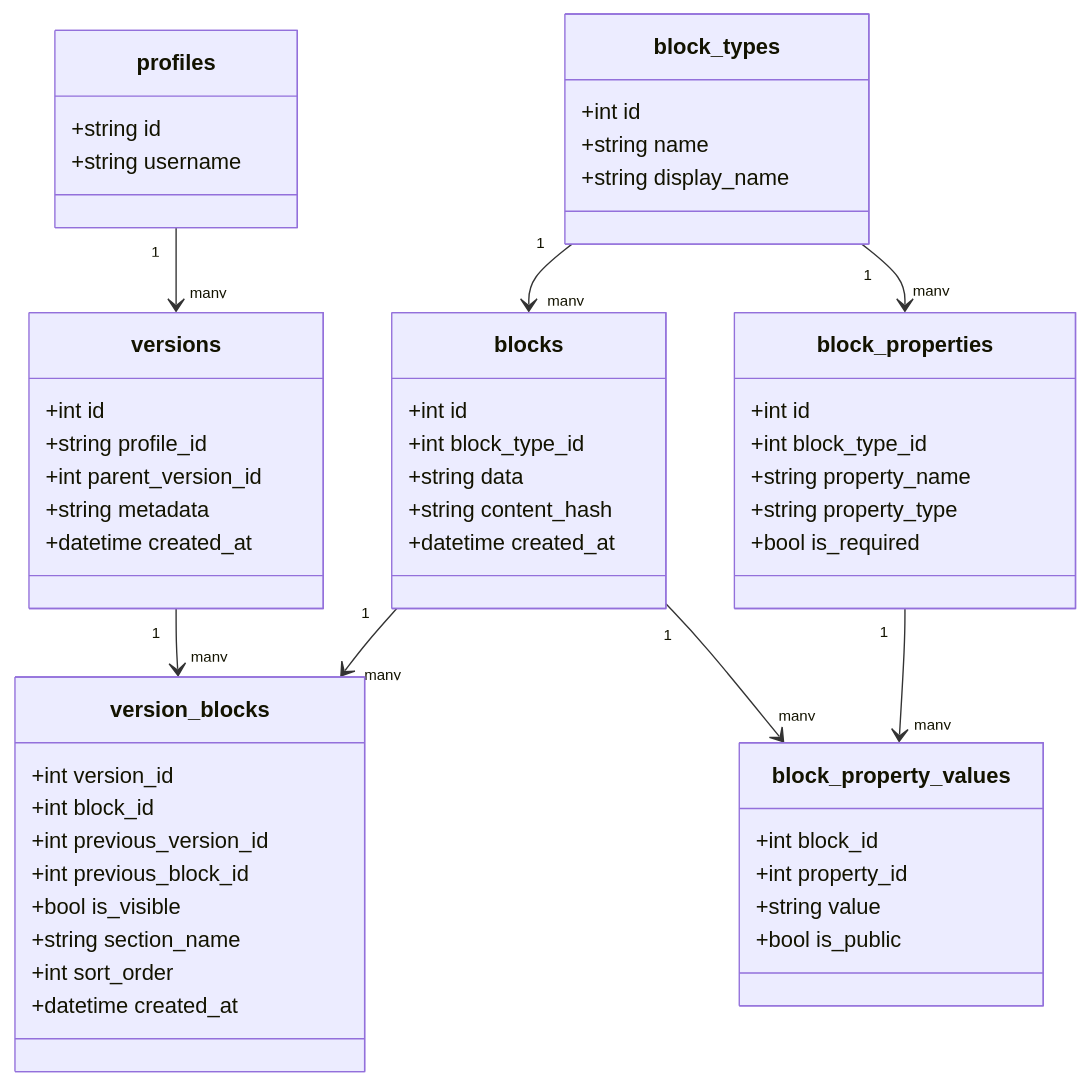
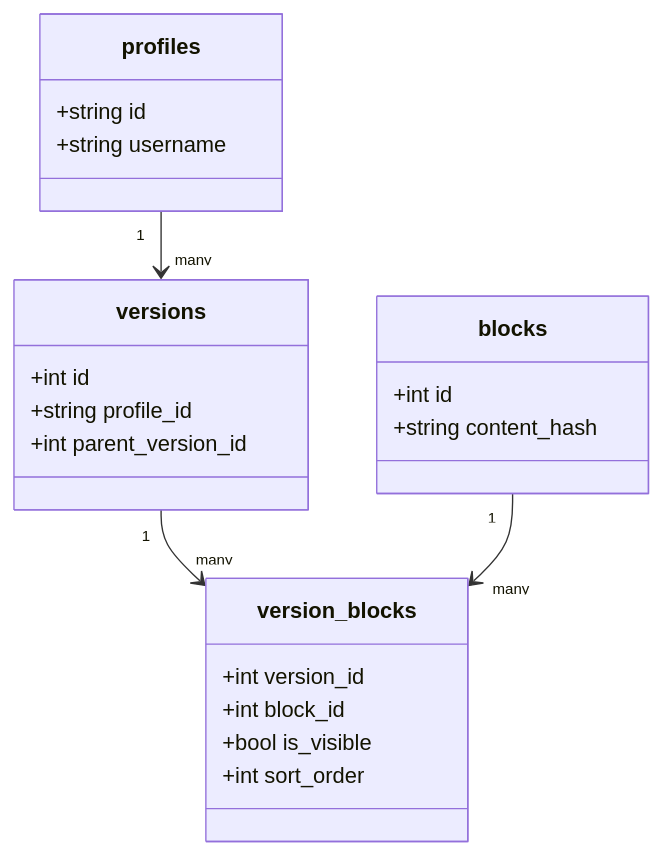
Before and after one commit to Sherlemious/Monolenz: the diagram in README.md, drawn with Mermaid. The commit also changed other lines of this file and 32 other files, not shown here.

````diff
--- a/README.md
+++ b/README.md
@@ -137,57 +74,26 @@
 ```mermaid
 classDiagram
   class profiles {
     +string id
     +string username
   }
   class versions {
     +int id
     +string profile_id
     +int parent_version_id
-    +string metadata
-    +datetime created_at
   }
   class version_blocks {
     +int version_id
     +int block_id
-    +int previous_version_id
-    +int previous_block_id
     +bool is_visible
-    +string section_name
     +int sort_order
-    +datetime created_at
   }
   class blocks {
     +int id
-    +int block_type_id
-    +string data
     +string content_hash
-    +datetime created_at
-  }
-  class block_types {
-    +int id
-    +string name
-    +string display_name
-  }
-  class block_properties {
-    +int id
-    +int block_type_id
-    +string property_name
-    +string property_type
-    +bool is_required
-  }
-  class block_property_values {
-    +int block_id
-    +int property_id
-    +string value
-    +bool is_public
   }
 
   profiles "1" --> "many" versions
   versions "1" --> "many" version_blocks
   blocks "1" --> "many" version_blocks
-  block_types "1" --> "many" blocks
-  block_types "1" --> "many" block_properties
-  blocks "1" --> "many" block_property_values
-  block_properties "1" --> "many" block_property_values
 ```
````
